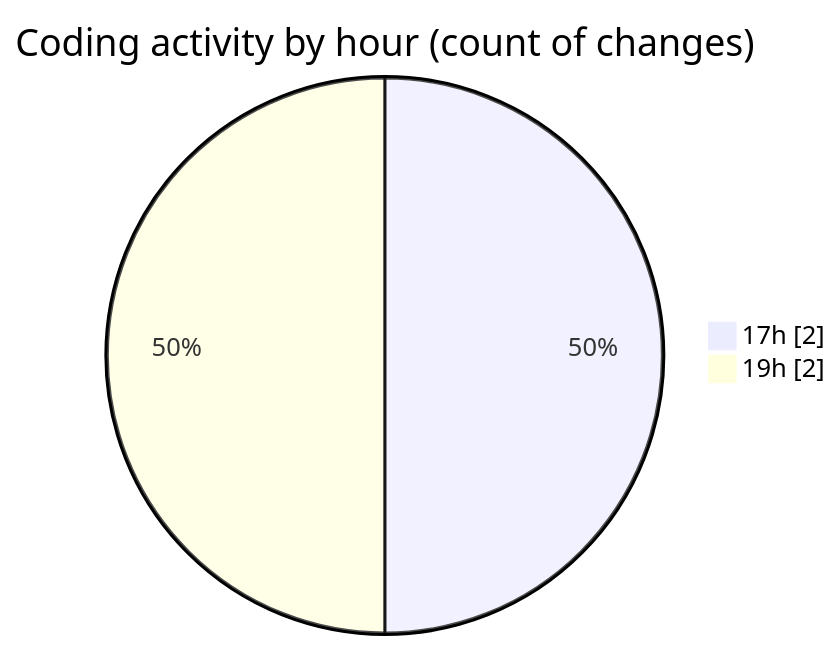
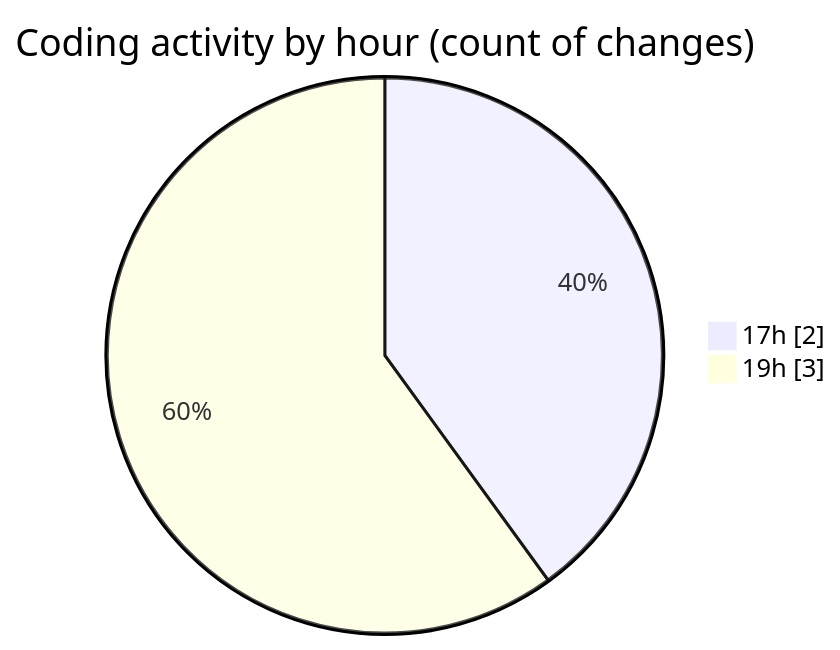
Before and after one commit to FelipKnott/code-tracking: the second of 2 diagrams in 2025-08-15/alpha/README.md, drawn with Mermaid. The commit also changed other lines of this file and 1 other file, not shown here.

````diff
--- a/2025-08-15/alpha/README.md
+++ b/2025-08-15/alpha/README.md
@@ -30,6 +30,6 @@
 ```mermaid
 pie showData
 title Coding activity by hour (count of changes)
 "17h" : 2
-"19h" : 2
+"19h" : 3
 ```
````
